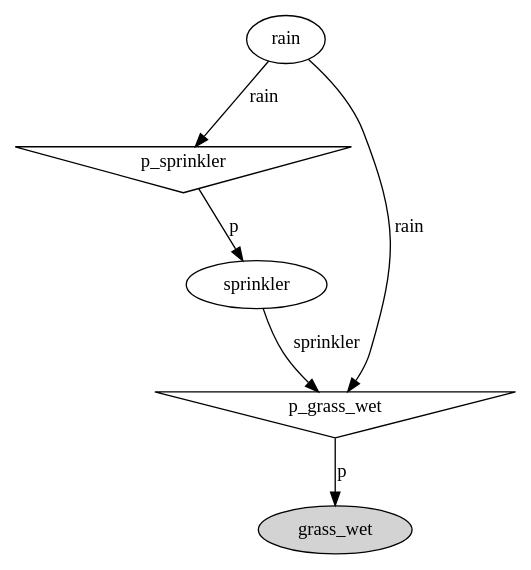
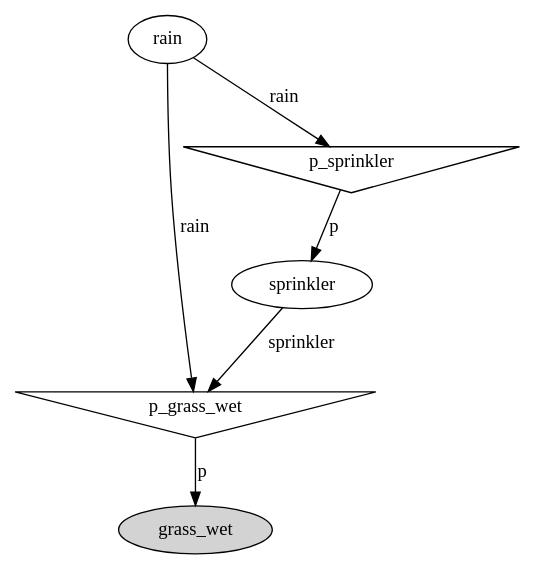
The diagram in ex/container.dot (rolisanchez/ai-project-mcmc), drawn with Graphviz before and after one commit. The commit also changed other lines of this file and 32 other files, not shown here.

```diff
--- a/ex/container.dot
+++ b/ex/container.dot
@@ -1,12 +1,12 @@
 digraph G {
+grass_wet [style=filled];
+p_grass_wet [shape=invtriangle];
+p_grass_wet -> grass_wet  [label=p];
 sprinkler;
+sprinkler -> p_grass_wet  [label=sprinkler];
 p_sprinkler [shape=invtriangle];
 p_sprinkler -> sprinkler  [label=p];
 rain;
 rain -> p_sprinkler  [label=rain];
-grass_wet [style=filled];
-p_grass_wet [shape=invtriangle];
-p_grass_wet -> grass_wet  [label=p];
-sprinkler -> p_grass_wet  [label=sprinkler];
 rain -> p_grass_wet  [label=rain];
 }
```
